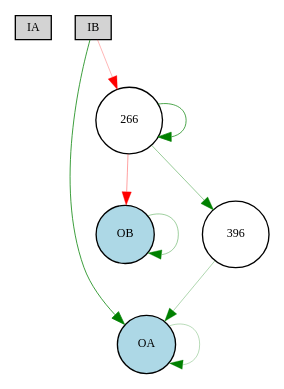
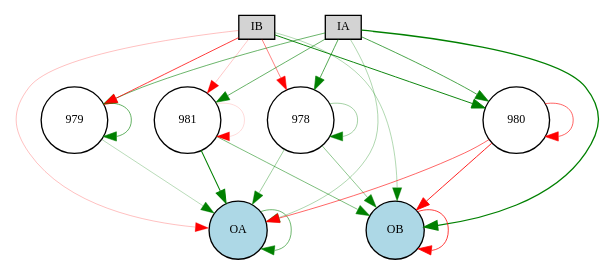
Before and after one commit to danxan/neuromorphic-evolution: the diagram in source/cont_exp/Digraph.gv, drawn with Graphviz. The commit also changed 7 other files, not shown here.

```diff
--- a/source/cont_exp/Digraph.gv
+++ b/source/cont_exp/Digraph.gv
@@ -1,17 +1,36 @@
 digraph {
 	node [fontsize=9 height=0.2 shape=circle width=0.2]
 	IA [fillcolor=lightgray shape=box style=filled]
 	IB [fillcolor=lightgray shape=box style=filled]
 	OA [fillcolor=lightblue style=filled]
 	OB [fillcolor=lightblue style=filled]
-	266 [fillcolor=white style=filled]
-	396 [fillcolor=white style=filled]
-	IB -> 266 [color=red penwidth=0.21633810004072573 style=solid]
-	266 -> OB [color=red penwidth=0.2823646744358228 style=solid]
-	OA -> OA [color=green penwidth=0.20937582849628944 style=solid]
-	OB -> OB [color=green penwidth=0.29403358337823843 style=solid]
-	266 -> 266 [color=green penwidth=0.5235679881534538 style=solid]
-	IB -> OA [color=green penwidth=0.5660518214642462 style=solid]
-	266 -> 396 [color=green penwidth=0.31161799125111855 style=solid]
-	396 -> OA [color=green penwidth=0.23835797969267752 style=solid]
+	978 [fillcolor=white style=filled]
+	979 [fillcolor=white style=filled]
+	980 [fillcolor=white style=filled]
+	981 [fillcolor=white style=filled]
+	IA -> 978 [color=green penwidth=0.506726795586778 style=solid]
+	IA -> 979 [color=green penwidth=0.442040756227555 style=solid]
+	IA -> 980 [color=green penwidth=0.5275951984070478 style=solid]
+	IA -> 981 [color=green penwidth=0.4499880775148789 style=solid]
+	IB -> 978 [color=red penwidth=0.37070596014533685 style=solid]
+	IB -> 979 [color=red penwidth=0.5652013074870367 style=solid]
+	IB -> 980 [color=green penwidth=0.7140516815968917 style=solid]
+	IB -> 981 [color=red penwidth=0.1742066491871747 style=solid]
+	978 -> OA [color=green penwidth=0.29194693513263703 style=solid]
+	978 -> OB [color=green penwidth=0.32734517308642974 style=solid]
+	979 -> OA [color=green penwidth=0.20794032844062943 style=solid]
+	980 -> OA [color=red penwidth=0.4474496447329265 style=solid]
+	980 -> OB [color=red penwidth=0.6486173641782146 style=solid]
+	981 -> OA [color=green penwidth=0.7648669649917849 style=solid]
+	981 -> OB [color=green penwidth=0.38741146898346557 style=solid]
+	IA -> OA [color=green penwidth=0.23528232132752958 style=solid]
+	IA -> OB [color=green penwidth=0.9928851166544664 style=solid]
+	IB -> OA [color=red penwidth=0.19236391155735344 style=solid]
+	IB -> OB [color=green penwidth=0.23138960438941675 style=solid]
+	OA -> OA [color=green penwidth=0.426099669639353 style=solid]
+	OB -> OB [color=red penwidth=0.5744116028955235 style=solid]
+	978 -> 978 [color=green penwidth=0.26783973176598247 style=solid]
+	979 -> 979 [color=green penwidth=0.46372156141456544 style=solid]
+	980 -> 980 [color=red penwidth=0.4602656297983503 style=solid]
+	981 -> 981 [color=red penwidth=0.11360254443415499 style=solid]
 }
```
